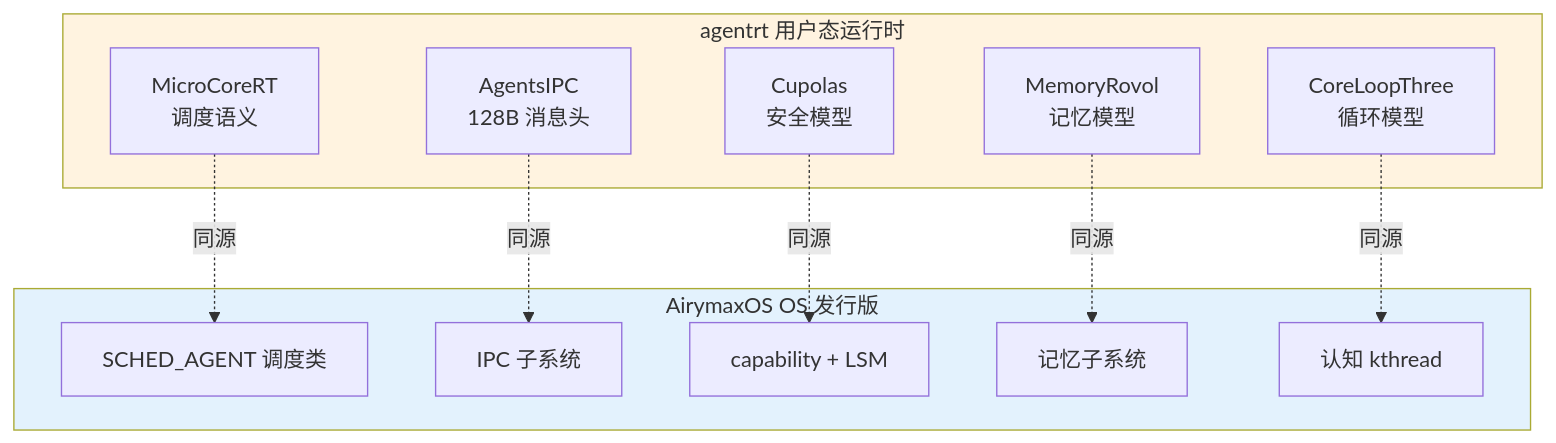
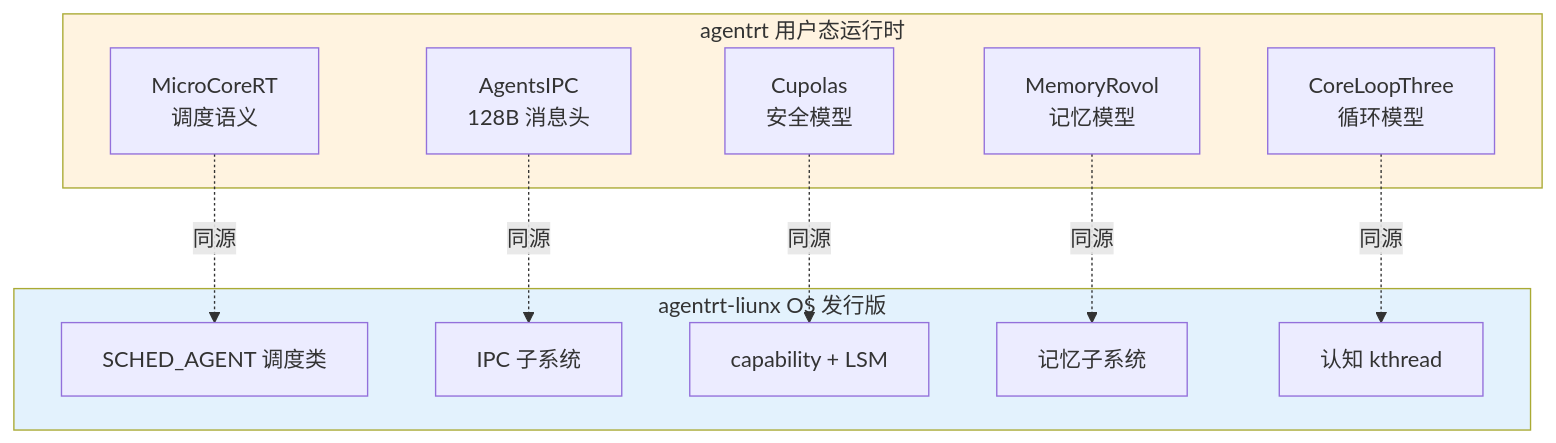
The second of 2 diagrams in AirymaxAgentOS/130-roadmap/01-development-strategy.md (openairymax/docs), drawn with Mermaid before and after one commit. The commit also changed other lines of this file and 99 other files, not shown here.

````diff
--- a/AirymaxAgentOS/130-roadmap/01-development-strategy.md
+++ b/AirymaxAgentOS/130-roadmap/01-development-strategy.md
@@ -314,24 +314,24 @@
 ```mermaid
 graph TB
     subgraph agentrt[agentrt 用户态运行时]
         A1[MicroCoreRT<br/>调度语义]
         A2[AgentsIPC<br/>128B 消息头]
         A3[Cupolas<br/>安全模型]
         A4[MemoryRovol<br/>记忆模型]
         A5[CoreLoopThree<br/>循环模型]
     end
-    subgraph AirymaxOS[AirymaxOS OS 发行版]
+    subgraph agentrt-liunx[agentrt-liunx OS 发行版]
         O1[SCHED_AGENT 调度类]
         O2[IPC 子系统]
         O3[capability + LSM]
         O4[记忆子系统]
         O5[认知 kthread]
     end
     A1 -.同源.-> O1
     A2 -.同源.-> O2
     A3 -.同源.-> O3
     A4 -.同源.-> O4
     A5 -.同源.-> O5
     style agentrt fill:#fff3e0
-    style AirymaxOS fill:#e3f2fd
+    style agentrt-liunx fill:#e3f2fd
 ```
````
